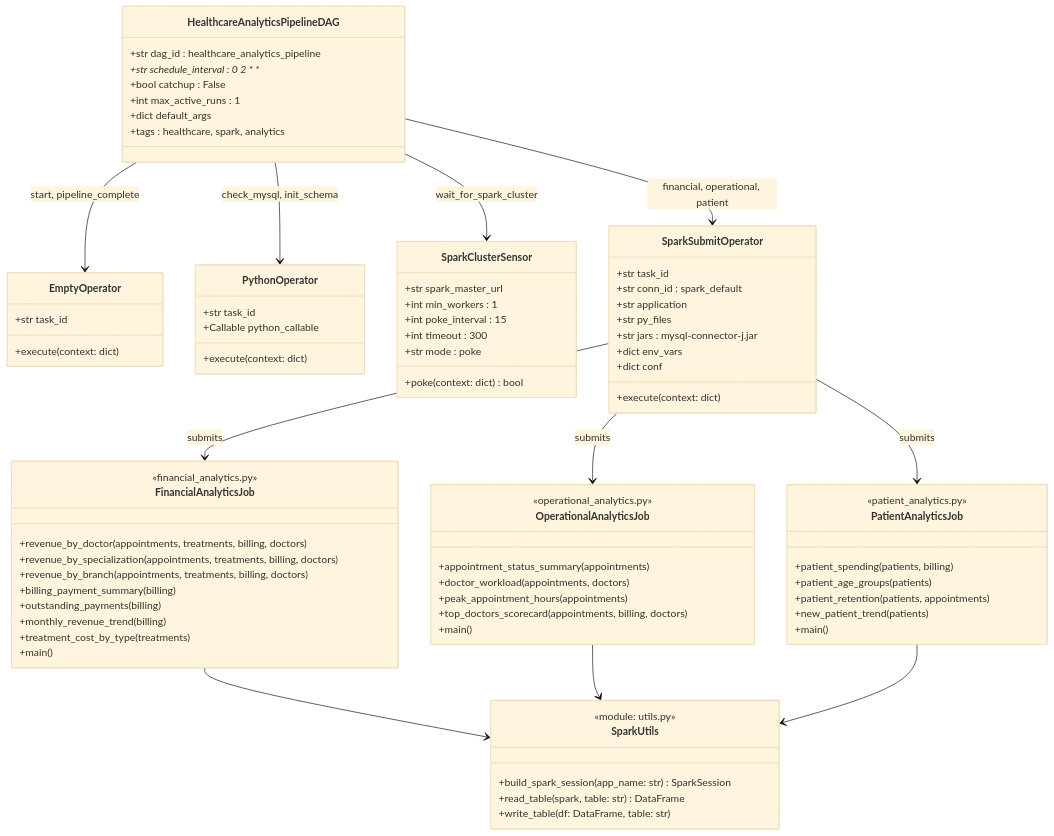
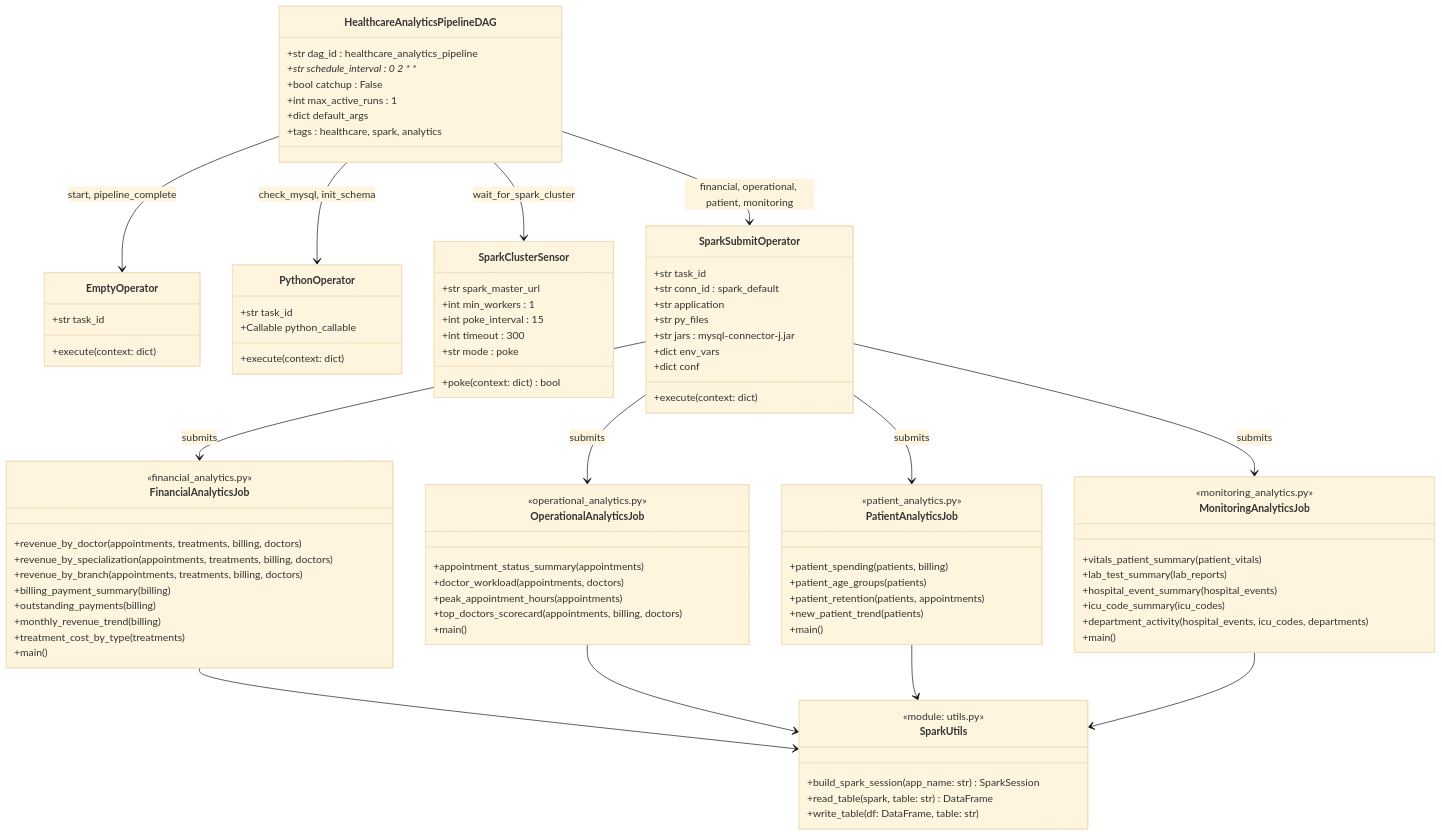
One commit to PampariNaresh/healthcare-data-platform changed the fifth of 12 diagrams in PROJECT_DOCUMENTATION.md. Above: the diagram before and after it, drawn with Mermaid (base theme). The commit also changed other lines of this file and 1 other file, not shown here.

First line of the commit message:
Update PROJECT_DOCUMENTATION and ER_DIAGRAMS for full platform

````diff
--- a/PROJECT_DOCUMENTATION.md
+++ b/PROJECT_DOCUMENTATION.md
@@ -845,14 +953,26 @@
         +main()
     }
 
+    class MonitoringAnalyticsJob {
+        <<monitoring_analytics.py>>
+        +vitals_patient_summary(patient_vitals)
+        +lab_test_summary(lab_reports)
+        +hospital_event_summary(hospital_events)
+        +icu_code_summary(icu_codes)
+        +department_activity(hospital_events, icu_codes, departments)
+        +main()
+    }
+
     HealthcareAnalyticsPipelineDAG --> EmptyOperator         : start, pipeline_complete
     HealthcareAnalyticsPipelineDAG --> PythonOperator        : check_mysql, init_schema
     HealthcareAnalyticsPipelineDAG --> SparkClusterSensor    : wait_for_spark_cluster
-    HealthcareAnalyticsPipelineDAG --> SparkSubmitOperator   : financial, operational, patient
-    SparkSubmitOperator --> FinancialAnalyticsJob  : submits
-    SparkSubmitOperator --> OperationalAnalyticsJob : submits
-    SparkSubmitOperator --> PatientAnalyticsJob    : submits
-    FinancialAnalyticsJob   --> SparkUtils
-    OperationalAnalyticsJob --> SparkUtils
-    PatientAnalyticsJob     --> SparkUtils
+    HealthcareAnalyticsPipelineDAG --> SparkSubmitOperator   : financial, operational, patient, monitoring
+    SparkSubmitOperator --> FinancialAnalyticsJob    : submits
+    SparkSubmitOperator --> OperationalAnalyticsJob  : submits
+    SparkSubmitOperator --> PatientAnalyticsJob      : submits
+    SparkSubmitOperator --> MonitoringAnalyticsJob   : submits
+    FinancialAnalyticsJob    --> SparkUtils
+    OperationalAnalyticsJob  --> SparkUtils
+    PatientAnalyticsJob      --> SparkUtils
+    MonitoringAnalyticsJob   --> SparkUtils
 ```
````
